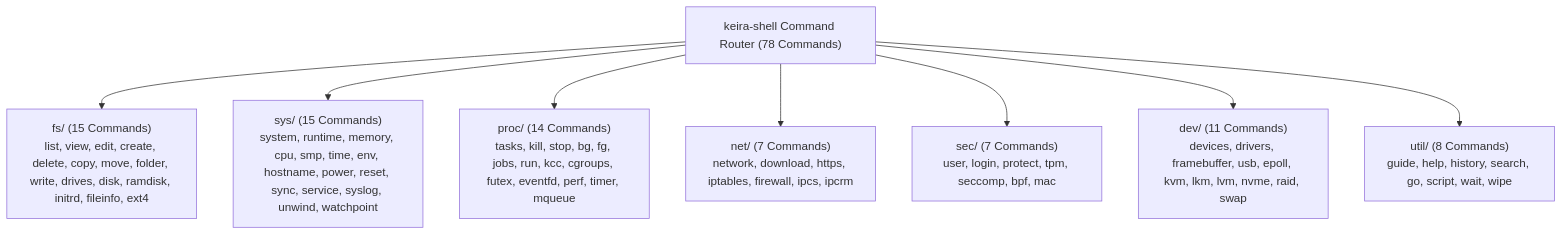
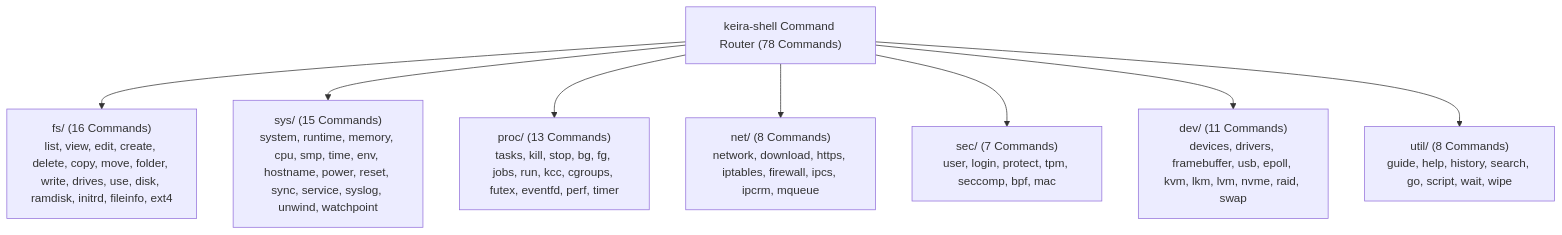
The diagram in docs/shell/commands/README.md (mrvlous/keira), drawn with Mermaid before and after one commit. The commit also changed other lines of this file and 21 other files, not shown here.

````diff
--- a/docs/shell/commands/README.md
+++ b/docs/shell/commands/README.md
@@ -11,10 +11,10 @@
 ```mermaid
 graph TD
-    Shell["keira-shell Command Router (78 Commands)"] --> FS["fs/ (15 Commands)<br/>list, view, edit, create, delete, copy, move, folder, write, drives, disk, ramdisk, initrd, fileinfo, ext4"]
+    Shell["keira-shell Command Router (78 Commands)"] --> FS["fs/ (16 Commands)<br/>list, view, edit, create, delete, copy, move, folder, write, drives, use, disk, ramdisk, initrd, fileinfo, ext4"]
     Shell --> Sys["sys/ (15 Commands)<br/>system, runtime, memory, cpu, smp, time, env, hostname, power, reset, sync, service, syslog, unwind, watchpoint"]
-    Shell --> Proc["proc/ (14 Commands)<br/>tasks, kill, stop, bg, fg, jobs, run, kcc, cgroups, futex, eventfd, perf, timer, mqueue"]
-    Shell --> Net["net/ (7 Commands)<br/>network, download, https, iptables, firewall, ipcs, ipcrm"]
+    Shell --> Proc["proc/ (13 Commands)<br/>tasks, kill, stop, bg, fg, jobs, run, kcc, cgroups, futex, eventfd, perf, timer"]
+    Shell --> Net["net/ (8 Commands)<br/>network, download, https, iptables, firewall, ipcs, ipcrm, mqueue"]
     Shell --> Sec["sec/ (7 Commands)<br/>user, login, protect, tpm, seccomp, bpf, mac"]
     Shell --> Dev["dev/ (11 Commands)<br/>devices, drivers, framebuffer, usb, epoll, kvm, lkm, lvm, nvme, raid, swap"]
     Shell --> Util["util/ (8 Commands)<br/>guide, help, history, search, go, script, wait, wipe"]
 ```
````
